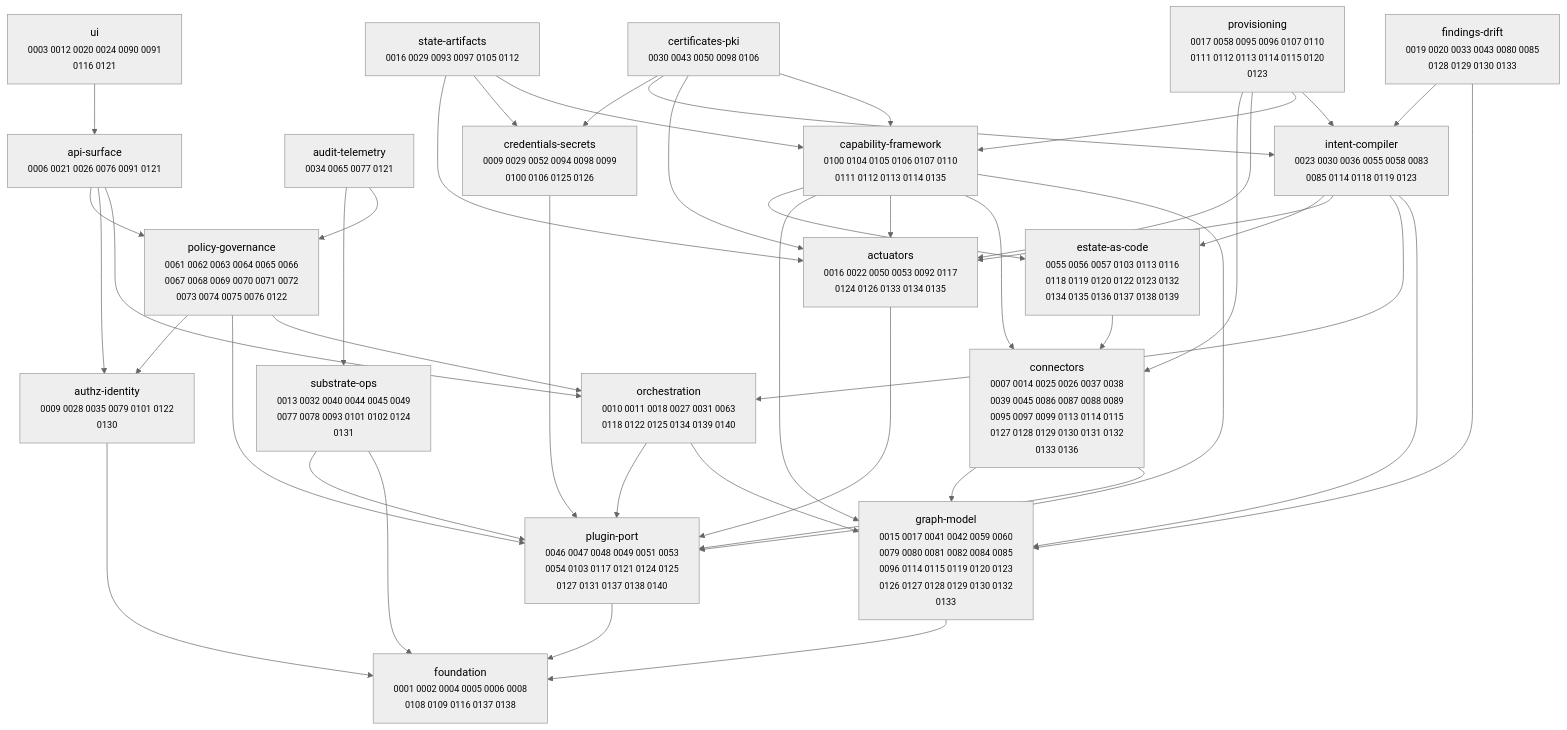
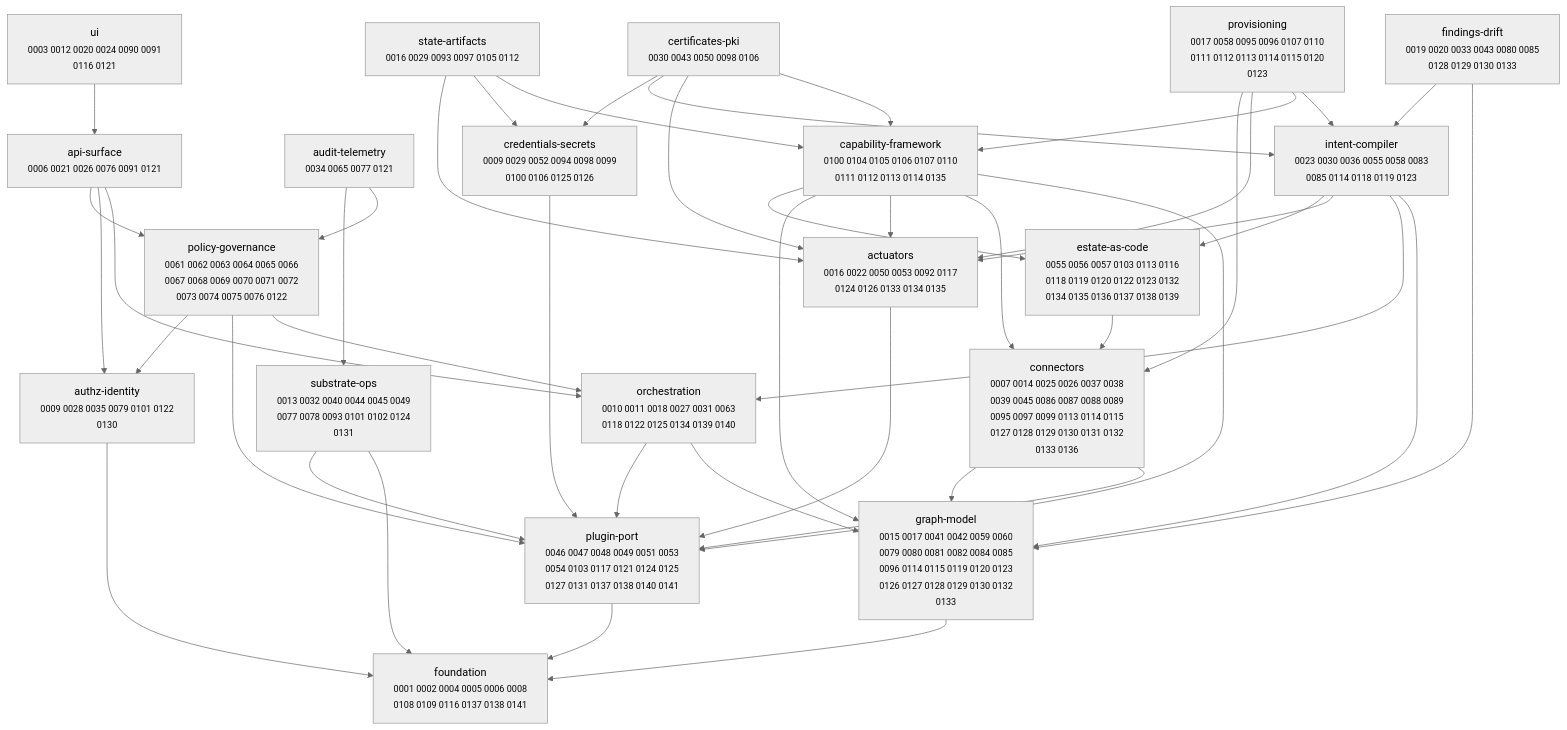
One commit to dstout-devops/stratt changed the diagram in docs/adr/MAP.md. Above: the diagram before and after it, drawn with Mermaid (neutral theme). The commit also changed other lines of this file and 9 other files, not shown here.

````diff
--- a/docs/adr/MAP.md
+++ b/docs/adr/MAP.md
@@ -11,67 +11,67 @@
 ```mermaid
 graph TD
   actuators["actuators<br/><small>0016 0022 0050 0053 0092 0117<br/>0124 0126 0133 0134 0135</small>"]
   api_surface["api-surface<br/><small>0006 0021 0026 0076 0091 0121</small>"]
   audit_telemetry["audit-telemetry<br/><small>0034 0065 0077 0121</small>"]
   authz_identity["authz-identity<br/><small>0009 0028 0035 0079 0101 0122<br/>0130</small>"]
   capability_framework["capability-framework<br/><small>0100 0104 0105 0106 0107 0110<br/>0111 0112 0113 0114 0135</small>"]
   certificates_pki["certificates-pki<br/><small>0030 0043 0050 0098 0106</small>"]
   connectors["connectors<br/><small>0007 0014 0025 0026 0037 0038<br/>0039 0045 0086 0087 0088 0089<br/>0095 0097 0099 0113 0114 0115<br/>0127 0128 0129 0130 0131 0132<br/>0133 0136</small>"]
   credentials_secrets["credentials-secrets<br/><small>0009 0029 0052 0094 0098 0099<br/>0100 0106 0125 0126</small>"]
   estate_as_code["estate-as-code<br/><small>0055 0056 0057 0103 0113 0116<br/>0118 0119 0120 0122 0123 0132<br/>0134 0135 0136 0137 0138 0139</small>"]
   findings_drift["findings-drift<br/><small>0019 0020 0033 0043 0080 0085<br/>0128 0129 0130 0133</small>"]
-  foundation["foundation<br/><small>0001 0002 0004 0005 0006 0008<br/>0108 0109 0116 0137 0138</small>"]
+  foundation["foundation<br/><small>0001 0002 0004 0005 0006 0008<br/>0108 0109 0116 0137 0138 0141</small>"]
   graph_model["graph-model<br/><small>0015 0017 0041 0042 0059 0060<br/>0079 0080 0081 0082 0084 0085<br/>0096 0114 0115 0119 0120 0123<br/>0126 0127 0128 0129 0130 0132<br/>0133</small>"]
   intent_compiler["intent-compiler<br/><small>0023 0030 0036 0055 0058 0083<br/>0085 0114 0118 0119 0123</small>"]
   orchestration["orchestration<br/><small>0010 0011 0018 0027 0031 0063<br/>0118 0122 0125 0134 0139 0140</small>"]
-  plugin_port["plugin-port<br/><small>0046 0047 0048 0049 0051 0053<br/>0054 0103 0117 0121 0124 0125<br/>0127 0131 0137 0138 0140</small>"]
+  plugin_port["plugin-port<br/><small>0046 0047 0048 0049 0051 0053<br/>0054 0103 0117 0121 0124 0125<br/>0127 0131 0137 0138 0140 0141</small>"]
   policy_governance["policy-governance<br/><small>0061 0062 0063 0064 0065 0066<br/>0067 0068 0069 0070 0071 0072<br/>0073 0074 0075 0076 0122</small>"]
   provisioning["provisioning<br/><small>0017 0058 0095 0096 0107 0110<br/>0111 0112 0113 0114 0115 0120<br/>0123</small>"]
   state_artifacts["state-artifacts<br/><small>0016 0029 0093 0097 0105 0112</small>"]
   substrate_ops["substrate-ops<br/><small>0013 0032 0040 0044 0045 0049<br/>0077 0078 0093 0101 0102 0124<br/>0131</small>"]
   ui["ui<br/><small>0003 0012 0020 0024 0090 0091<br/>0116 0121</small>"]
 
   actuators --> plugin_port
   api_surface --> orchestration
   api_surface --> authz_identity
   api_surface --> policy_governance
   audit_telemetry --> policy_governance
   audit_telemetry --> substrate_ops
   authz_identity --> foundation
   capability_framework --> plugin_port
   capability_framework --> connectors
   capability_framework --> actuators
   capability_framework --> graph_model
   capability_framework --> estate_as_code
   certificates_pki --> capability_framework
   certificates_pki --> actuators
   certificates_pki --> intent_compiler
   certificates_pki --> credentials_secrets
   connectors --> plugin_port
   connectors --> graph_model
   credentials_secrets --> plugin_port
   estate_as_code --> connectors
   findings_drift --> graph_model
   findings_drift --> intent_compiler
   graph_model --> foundation
   intent_compiler --> graph_model
   intent_compiler --> orchestration
   intent_compiler --> actuators
   intent_compiler --> estate_as_code
   orchestration --> graph_model
   orchestration --> plugin_port
   plugin_port --> foundation
   policy_governance --> orchestration
   policy_governance --> plugin_port
   policy_governance --> authz_identity
   provisioning --> intent_compiler
   provisioning --> capability_framework
   provisioning --> actuators
   provisioning --> connectors
   state_artifacts --> capability_framework
   state_artifacts --> credentials_secrets
   state_artifacts --> actuators
   substrate_ops --> foundation
   substrate_ops --> plugin_port
   ui --> api_surface
 ```
````
